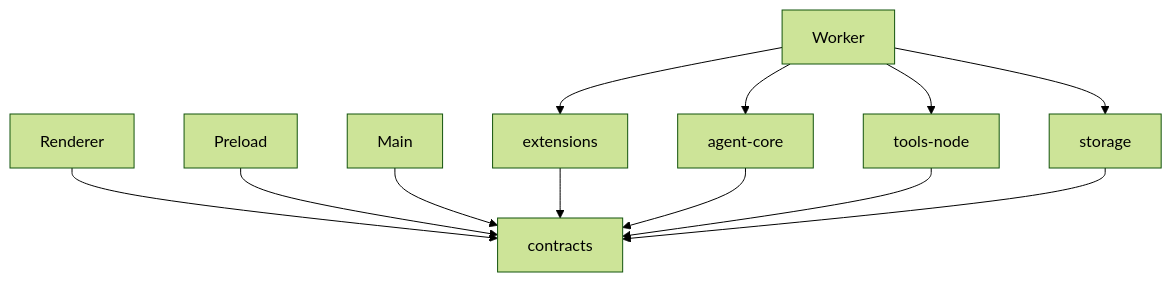
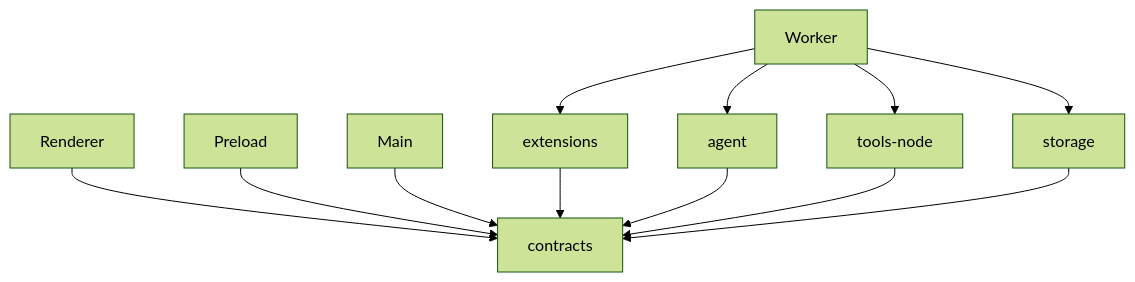
One commit to zxt6991-source/jojo-agent changed the first of 4 diagrams in docs/technical-implementation/extensions.md. Above: the diagram before and after it, drawn with Mermaid (forest theme). The commit also changed other lines of this file and 76 other files, not shown here.

````diff
--- a/docs/technical-implementation/extensions.md
+++ b/docs/technical-implementation/extensions.md
@@ -98,14 +98,14 @@
 ```mermaid
 flowchart TD
     R["Renderer"] --> C["contracts"]
     P["Preload"] --> C
     M["Main"] --> C
-    W["Worker"] --> A["agent-core"]
+    W["Worker"] --> A["agent"]
     W --> E["extensions"]
     W --> T["tools-node"]
     W --> S["storage"]
     E --> C
     A --> C
     T --> C
     S --> C
 ```
````
